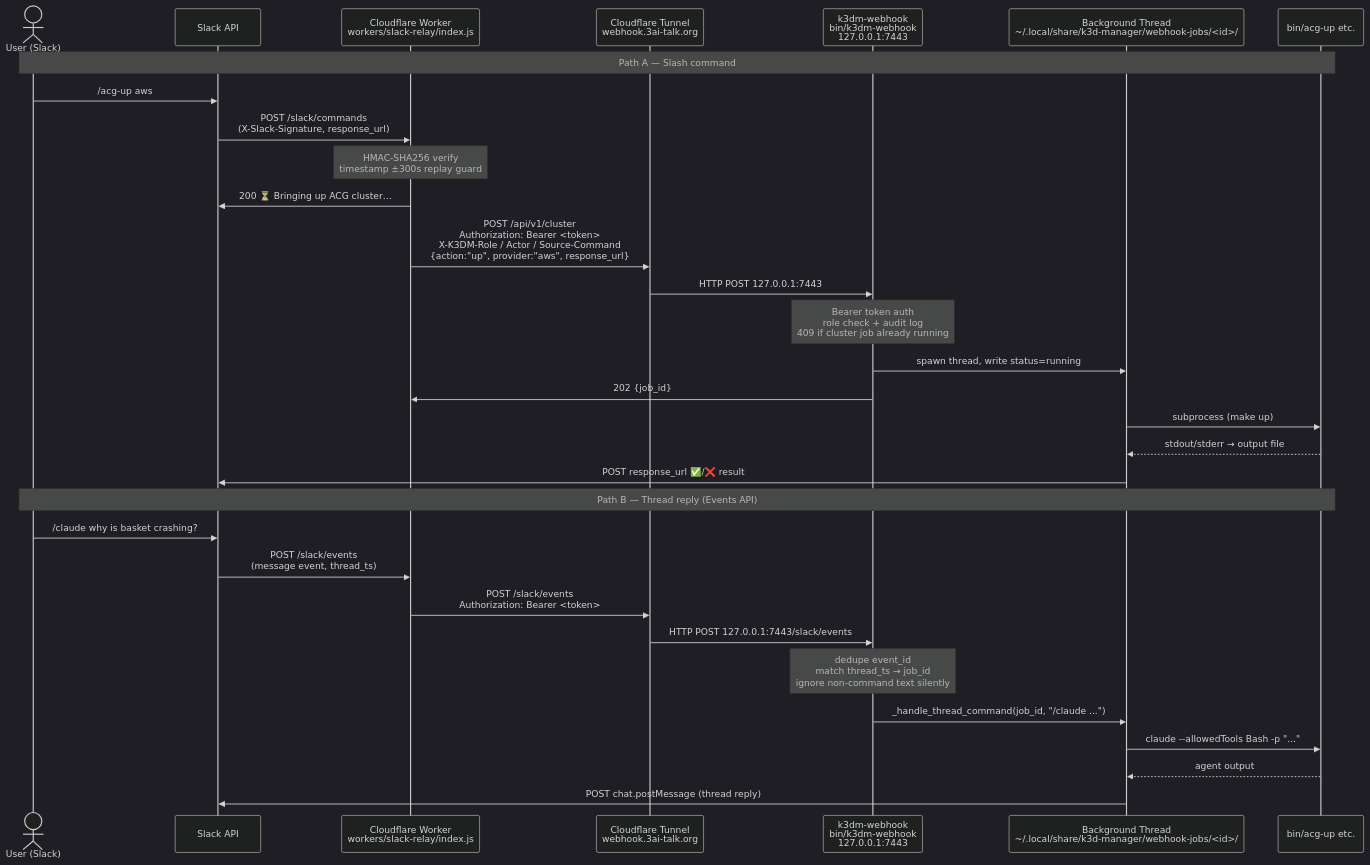
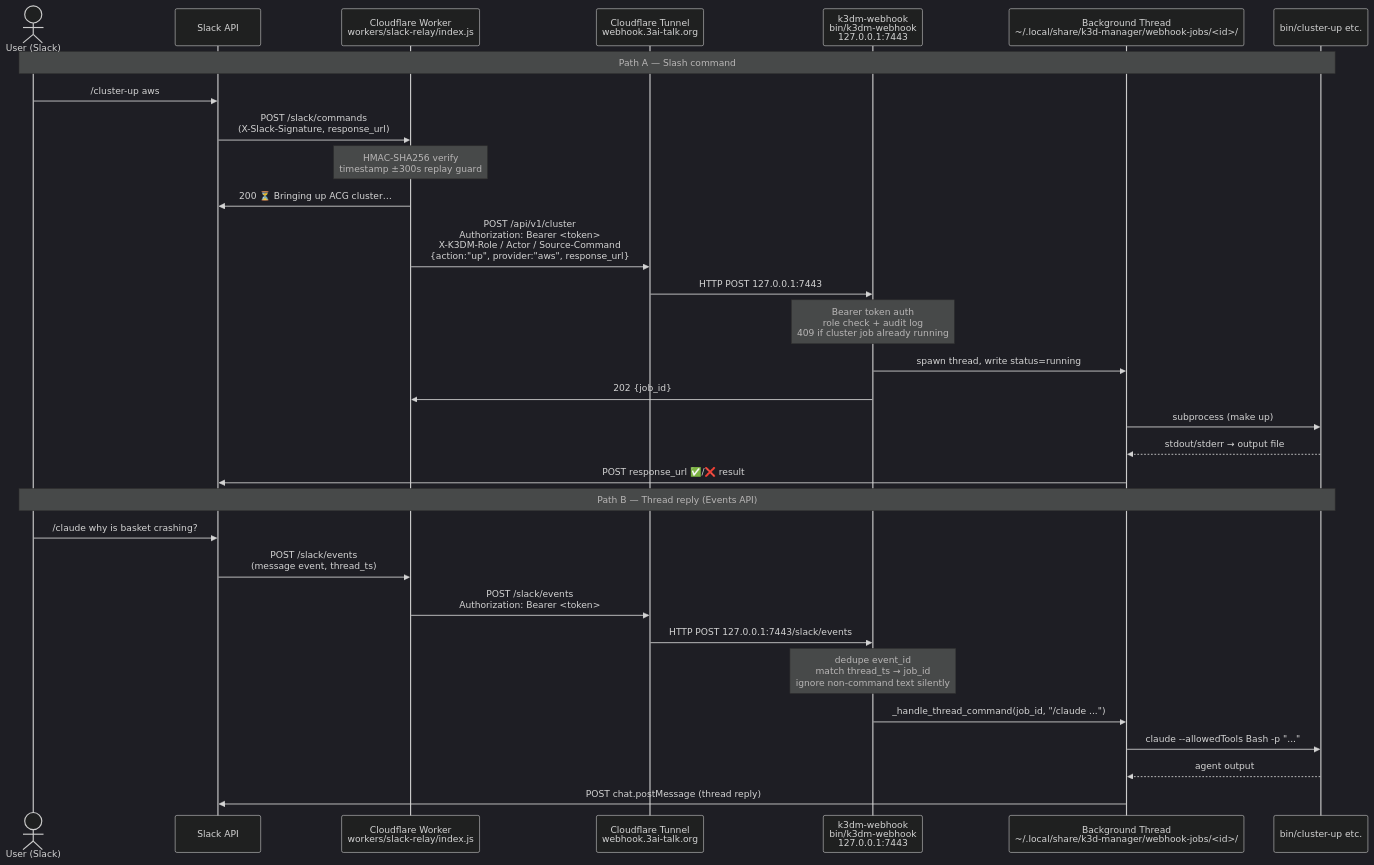
Before and after one commit to wilddog64/k3d-manager: the second of 3 diagrams in docs/architecture/cloudflare-slack-relay.md, drawn with Mermaid (dark theme). The commit also changed other lines of this file and 124 other files, not shown here.

````diff
--- a/docs/architecture/cloudflare-slack-relay.md
+++ b/docs/architecture/cloudflare-slack-relay.md
@@ -77,35 +86,35 @@
 ```mermaid
 sequenceDiagram
     actor User as User (Slack)
     participant Slack as Slack API
     participant Worker as Cloudflare Worker<br/>workers/slack-relay/index.js
     participant Tunnel as Cloudflare Tunnel<br/>webhook.3ai-talk.org
     participant WH as k3dm-webhook<br/>bin/k3dm-webhook<br/>127.0.0.1:7443
     participant Job as Background Thread<br/>~/.local/share/k3d-manager/webhook-jobs/<id>/
-    participant Bin as bin/acg-up etc.
+    participant Bin as bin/cluster-up etc.
 
     note over User,Bin: Path A — Slash command
-    User->>Slack: /acg-up aws
+    User->>Slack: /cluster-up aws
     Slack->>Worker: POST /slack/commands<br/>(X-Slack-Signature, response_url)
     Note over Worker: HMAC-SHA256 verify<br/>timestamp ±300s replay guard
     Worker->>Slack: 200 ⏳ Bringing up ACG cluster…
     Worker->>Tunnel: POST /api/v1/cluster<br/>Authorization: Bearer <token><br/>X-K3DM-Role / Actor / Source-Command<br/>{action:"up", provider:"aws", response_url}
     Tunnel->>WH: HTTP POST 127.0.0.1:7443
     Note over WH: Bearer token auth<br/>role check + audit log<br/>409 if cluster job already running
     WH->>Job: spawn thread, write status=running
     WH->>Worker: 202 {job_id}
     Job->>Bin: subprocess (make up)
     Bin-->>Job: stdout/stderr → output file
     Job->>Slack: POST response_url ✅/❌ result
 
     note over User,Bin: Path B — Thread reply (Events API)
     User->>Slack: /claude why is basket crashing?
     Slack->>Worker: POST /slack/events<br/>(message event, thread_ts)
     Worker->>Tunnel: POST /slack/events<br/>Authorization: Bearer <token>
     Tunnel->>WH: HTTP POST 127.0.0.1:7443/slack/events
     Note over WH: dedupe event_id<br/>match thread_ts → job_id<br/>ignore non-command text silently
     WH->>Job: _handle_thread_command(job_id, "/claude ...")
     Job->>Bin: claude --allowedTools Bash -p "..."
     Bin-->>Job: agent output
     Job->>Slack: POST chat.postMessage (thread reply)
 ```
````
